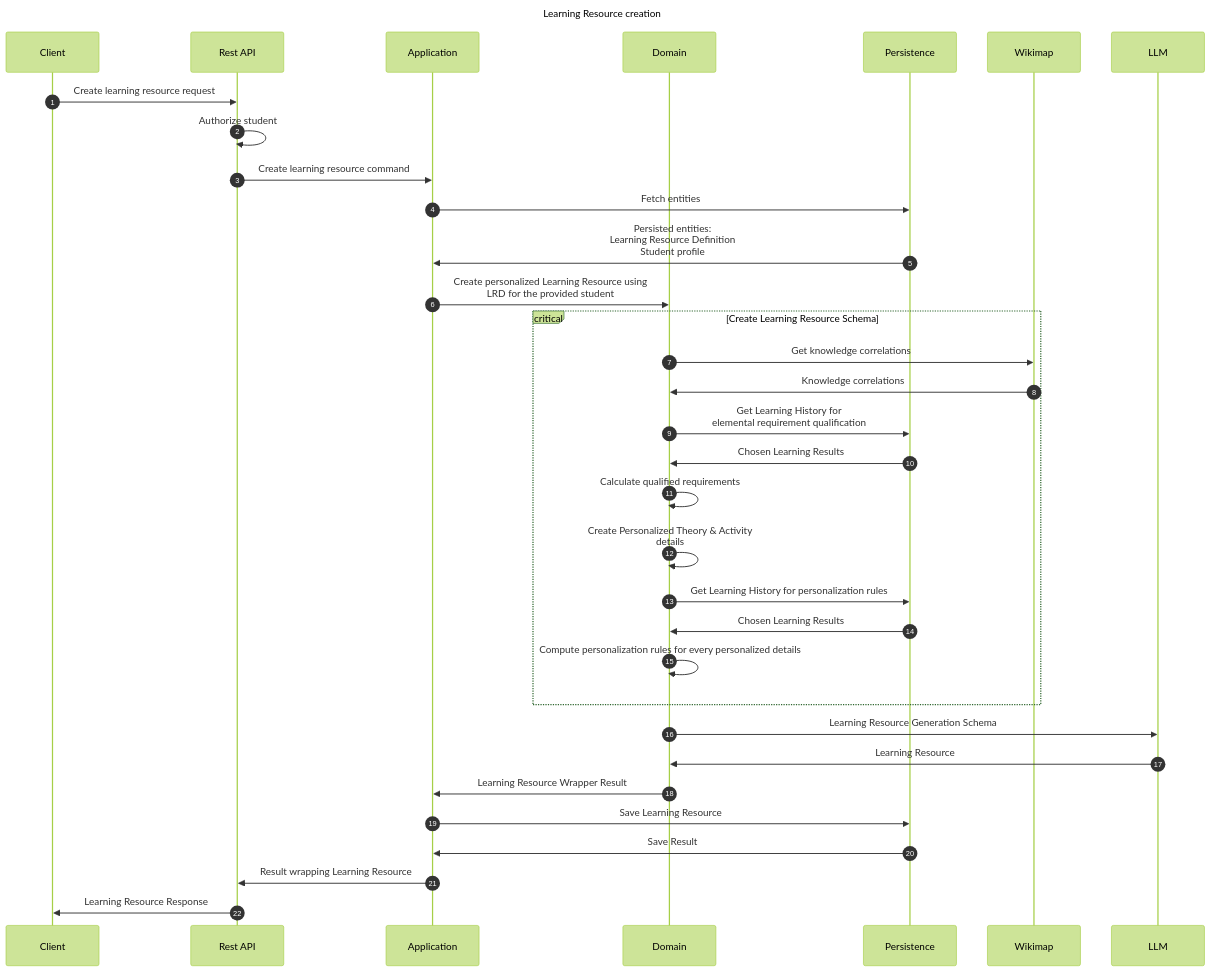
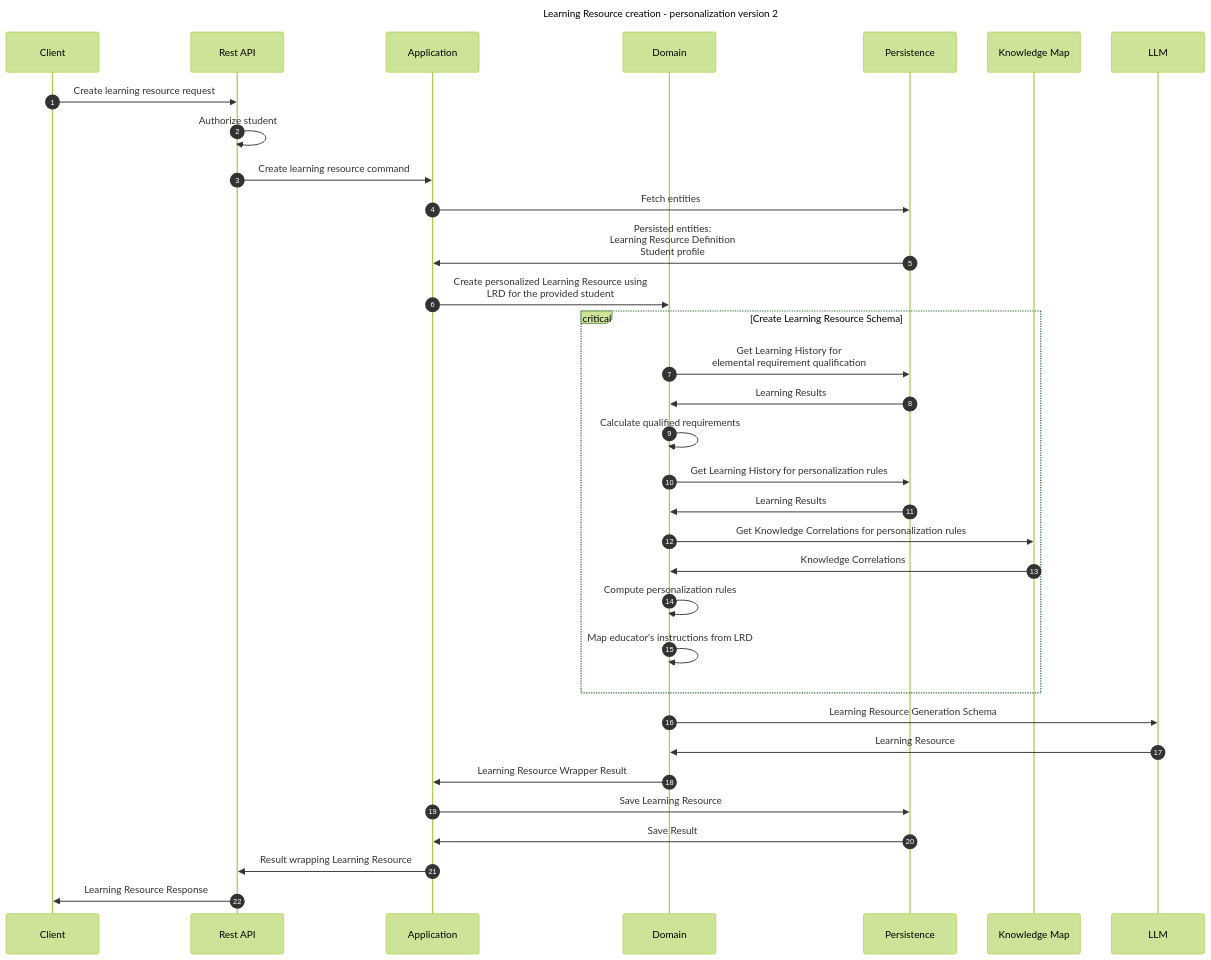
One commit to EdutieProject/edutie-backend changed the diagram in docs/edutie/flows/learning/learningresource/CreateLearningResource.md. Above: the diagram before and after it, drawn with Mermaid (forest theme). The commit also changed other lines of this file and 3 other files, not shown here.

````diff
--- a/docs/edutie/flows/learning/learningresource/CreateLearningResource.md
+++ b/docs/edutie/flows/learning/learningresource/CreateLearningResource.md
@@ -7,39 +7,39 @@
 ```mermaid
 ---
-title: Learning Resource creation
+title: Learning Resource creation - personalization version 2
 ---
 sequenceDiagram
     participant Client
     participant Rest API
     participant Application
     participant Domain
     participant Persistence
-    participant Wikimap
+    participant Knowledge Map
     participant LLM
     autonumber
     Client ->> Rest API: Create learning resource request
     Rest API ->> Rest API: Authorize student
     Rest API ->> Application: Create learning resource command
     Application ->> Persistence: Fetch entities
     Persistence ->> Application: Persisted entities:<br/>Learning Resource Definition<br/>Student profile
     Application ->> Domain: Create personalized Learning Resource using<br/>LRD for the provided student
     critical Create Learning Resource Schema
-        Domain ->> Wikimap: Get knowledge correlations
-        Wikimap ->> Domain: Knowledge correlations
         Domain ->> Persistence: Get Learning History for<br/>elemental requirement qualification
-        Persistence ->> Domain: Chosen Learning Results
+        Persistence ->> Domain: Learning Results
         Domain ->> Domain: Calculate qualified requirements
-        Domain ->> Domain: Create Personalized Theory & Activity<br/>details
         Domain ->> Persistence: Get Learning History for personalization rules
-        Persistence ->> Domain: Chosen Learning Results
-        Domain ->> Domain: Compute personalization rules for every personalized details
+        Persistence ->> Domain: Learning Results
+        Domain ->> Knowledge Map: Get Knowledge Correlations for personalization rules
+        Knowledge Map ->> Domain: Knowledge Correlations
+        Domain ->> Domain: Compute personalization rules
+        Domain ->> Domain: Map educator's instructions from LRD
     end
     Domain ->> LLM: Learning Resource Generation Schema
     LLM ->> Domain: Learning Resource
     Domain ->> Application: Learning Resource Wrapper Result
     Application ->> Persistence: Save Learning Resource
     Persistence ->> Application: Save Result
     Application ->> Rest API: Result wrapping Learning Resource
     Rest API ->> Client: Learning Resource Response
 
 ```
````
